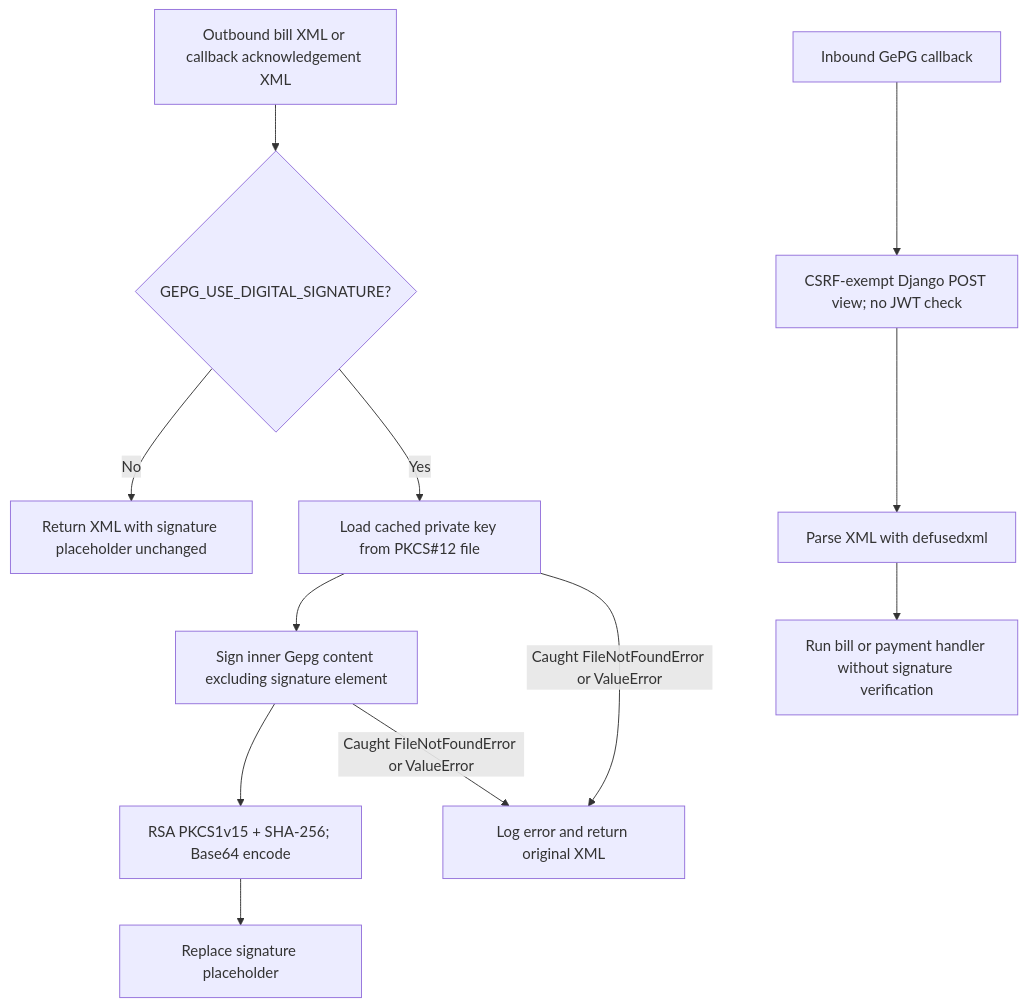
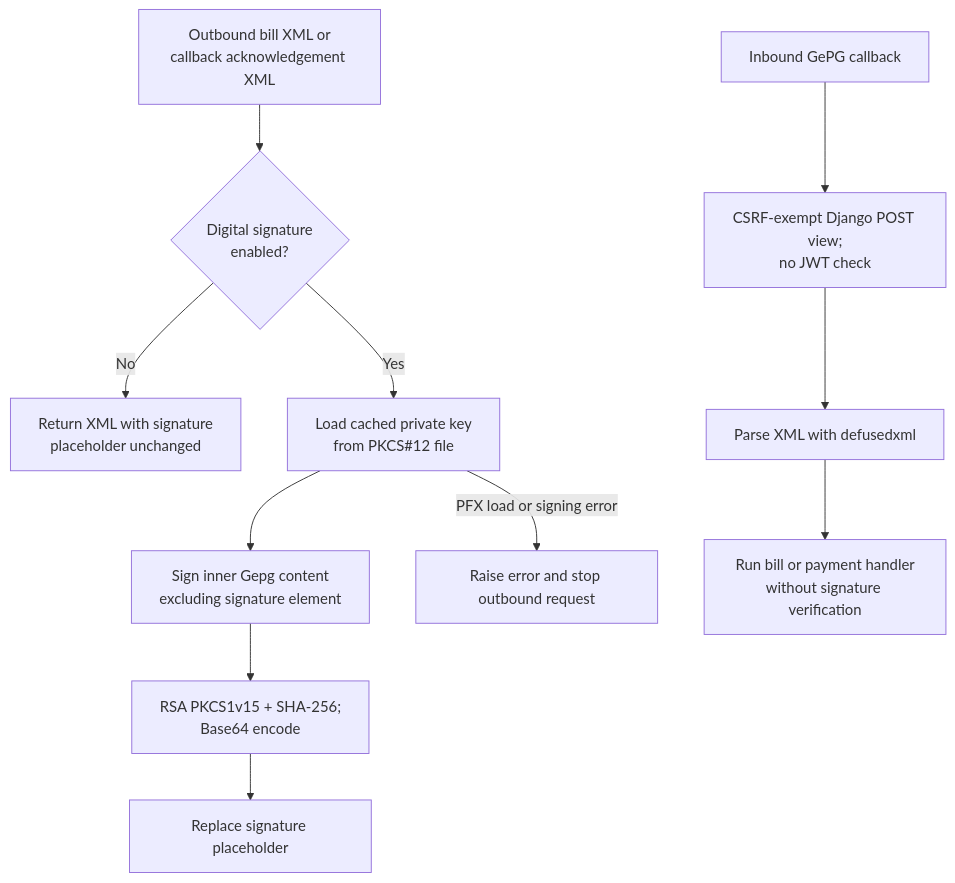
Before and after one commit to TGCTZ/TGC-SERVICE-BACKEND: the tenth of 10 diagrams in docs/gepg/03_GEPG_FLOW_DIAGRAMS.md, drawn with Mermaid. The commit also changed other lines of this file and 23 other files, not shown here.

````diff
--- a/docs/gepg/03_GEPG_FLOW_DIAGRAMS.md
+++ b/docs/gepg/03_GEPG_FLOW_DIAGRAMS.md
@@ -309,14 +309,13 @@
 ```mermaid
 flowchart TD
-    A["Outbound bill XML or callback acknowledgement XML"] --> B{"GEPG_USE_DIGITAL_SIGNATURE?"}
-    B -->|No| C["Return XML with signature placeholder unchanged"]
-    B -->|Yes| D["Load cached private key from PKCS#12 file"]
-    D --> E["Sign inner Gepg content excluding signature element"]
-    E --> F["RSA PKCS1v15 + SHA-256; Base64 encode"]
+    A["Outbound bill XML or<br/>callback acknowledgement XML"] --> B{"Digital signature<br/>enabled?"}
+    B -->|No| C["Return XML with signature<br/>placeholder unchanged"]
+    B -->|Yes| D["Load cached private key<br/>from PKCS#12 file"]
+    D --> E["Sign inner Gepg content<br/>excluding signature element"]
+    E --> F["RSA PKCS1v15 + SHA-256;<br/>Base64 encode"]
     F --> G["Replace signature placeholder"]
-    D -->|"Caught FileNotFoundError or ValueError"| H["Log error and return original XML"]
-    E -->|"Caught FileNotFoundError or ValueError"| H
-    I["Inbound GePG callback"] --> J["CSRF-exempt Django POST view; no JWT check"]
+    D -->|"PFX load or signing error"| H["Raise error and stop outbound request"]
+    I["Inbound GePG callback"] --> J["CSRF-exempt Django POST view;<br/>no JWT check"]
     J --> K["Parse XML with defusedxml"]
-    K --> L["Run bill or payment handler without signature verification"]
+    K --> L["Run bill or payment handler<br/>without signature verification"]
 ```
````
